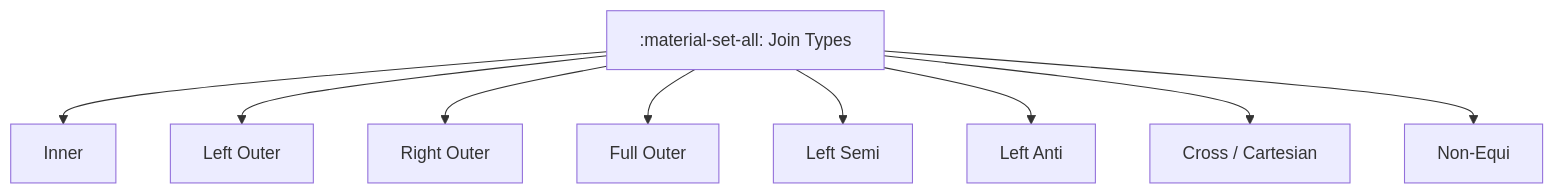
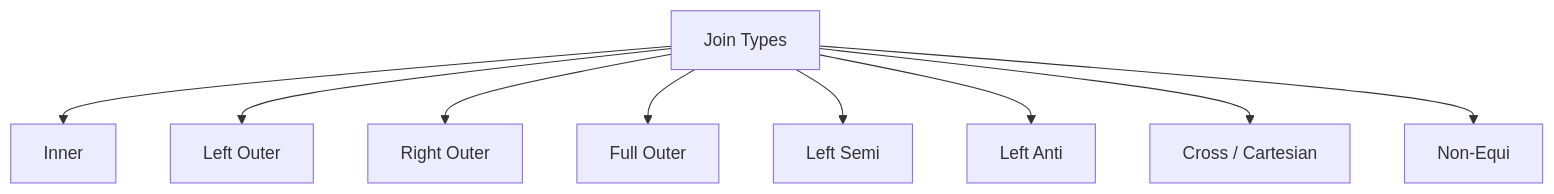
The diagram in spark-sql/docs/querying/joins/types/index.md (mahfooziiitian/spark-batch), drawn with Mermaid before and after one commit. The commit also changed other lines of this file and 809 other files, not shown here.

````diff
--- a/spark-sql/docs/querying/joins/types/index.md
+++ b/spark-sql/docs/querying/joins/types/index.md
@@ -9,11 +9,11 @@
 ```mermaid
 graph TD
-    T[":material-set-all: Join Types"] --> I[Inner]
+    T["Join Types"] --> I[Inner]
     T --> L[Left Outer]
     T --> R[Right Outer]
     T --> F[Full Outer]
     T --> LS[Left Semi]
     T --> LA[Left Anti]
     T --> C[Cross / Cartesian]
     T --> NE[Non-Equi]
 ```
````
